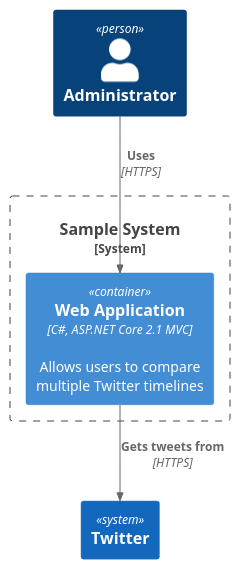
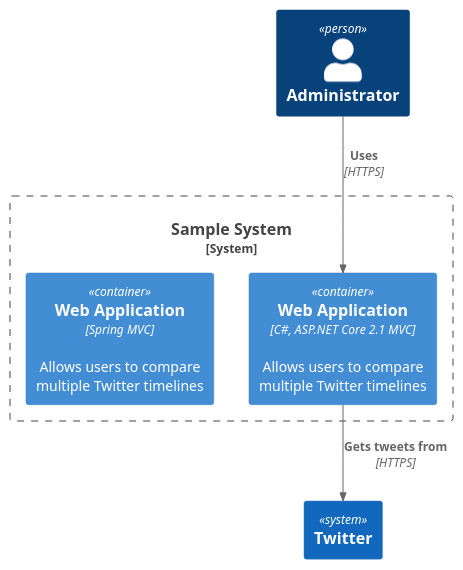
One commit to rbaul/application-architecture-template changed the diagram in system_context.puml. Above: the diagram before and after it, drawn with PlantUML. The commit also changed 1 other file, not shown here.

```diff
--- a/system_context.puml
+++ b/system_context.puml
@@ -1,13 +1,16 @@
 @startuml
 !includeurl https://raw.githubusercontent.com/RicardoNiepel/C4-PlantUML/master/C4_Container.puml
 
 Person(admin, "Administrator")
 System_Boundary(c1, "Sample System") {
     Container(web_app, "Web Application", "C#, ASP.NET Core 2.1 MVC", "Allows users to compare multiple Twitter timelines")
+    Container(web_app_2, "Web Application", "Spring MVC", "Allows users to compare multiple Twitter timelines")
 }
+
+
 System(twitter, "Twitter")
 
 
 Rel(admin, web_app, "Uses", "HTTPS")
 Rel(web_app, twitter, "Gets tweets from", "HTTPS")
 @enduml
```
